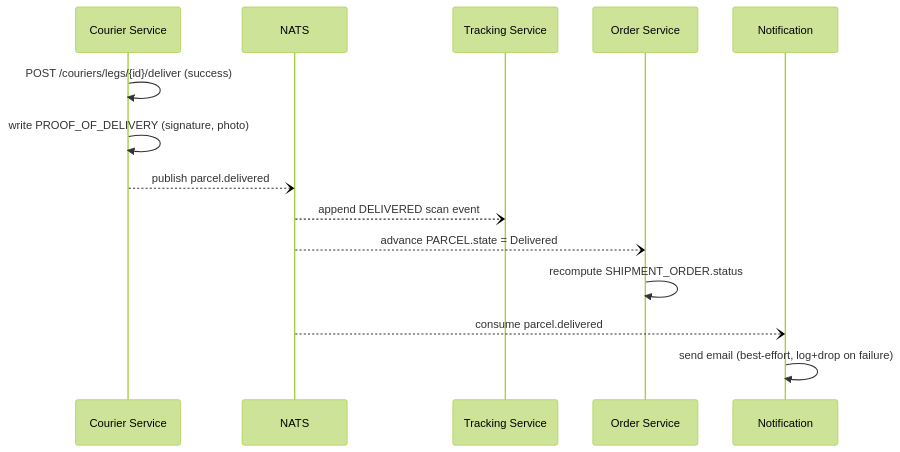
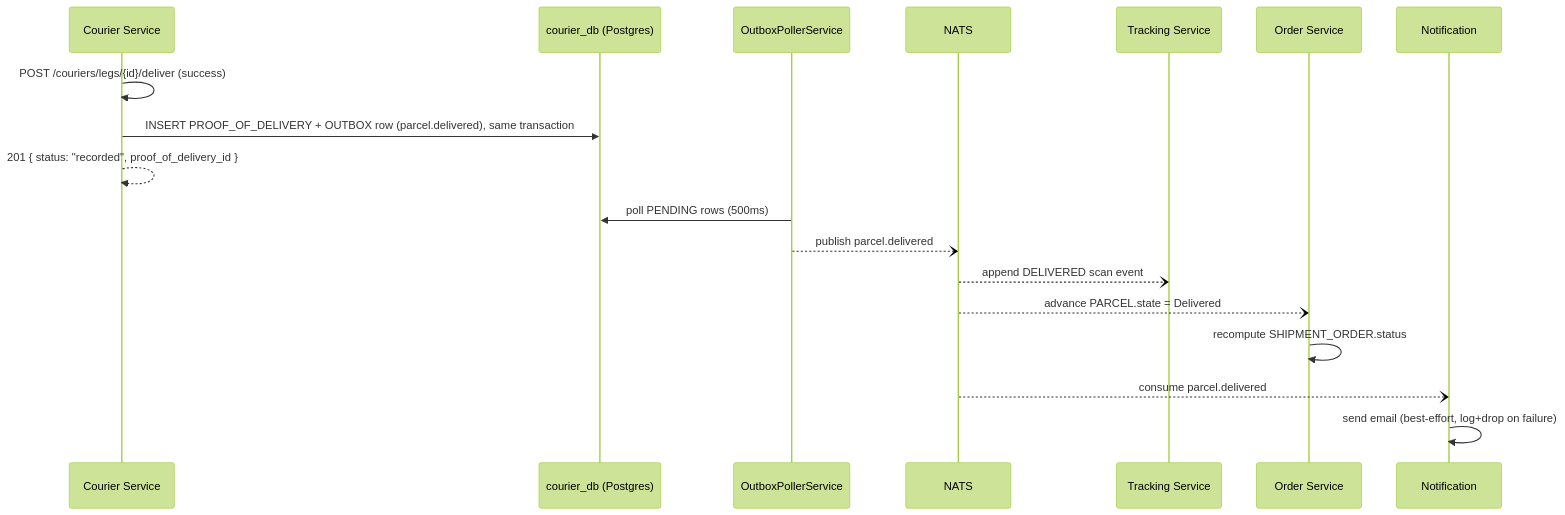
One commit to dunguyen-311201/nestjs changed the second of 3 diagrams in shipping-system/docs/lld/courier-service.md. Above: the diagram before and after it, drawn with Mermaid (forest theme). The commit also changed other lines of this file and 3 other files, not shown here.

First line of the commit message:
docs: add Courier OUTBOX schema, narrow the Accepted MVP risk note

````diff
--- a/shipping-system/docs/lld/courier-service.md
+++ b/shipping-system/docs/lld/courier-service.md
@@ -56,17 +61,21 @@
 ```mermaid
 sequenceDiagram
     participant Courier as Courier Service
+    participant DB as courier_db (Postgres)
+    participant Poller as OutboxPollerService
     participant NATS
     participant Tracking as Tracking Service
     participant Order as Order Service
     participant Notification
 
     Courier->>Courier: POST /couriers/legs/{id}/deliver (success)
-    Courier->>Courier: write PROOF_OF_DELIVERY (signature, photo)
-    Courier--)NATS: publish parcel.delivered
+    Courier->>DB: INSERT PROOF_OF_DELIVERY + OUTBOX row (parcel.delivered), same transaction
+    Courier-->>Courier: 201 { status: "recorded", proof_of_delivery_id }
+    Poller->>DB: poll PENDING rows (500ms)
+    Poller--)NATS: publish parcel.delivered
     NATS--)Tracking: append DELIVERED scan event
     NATS--)Order: advance PARCEL.state = Delivered
     Order->>Order: recompute SHIPMENT_ORDER.status 
     NATS--)Notification: consume parcel.delivered
     Notification->>Notification: send email (best-effort, log+drop on failure)
 ```
````
